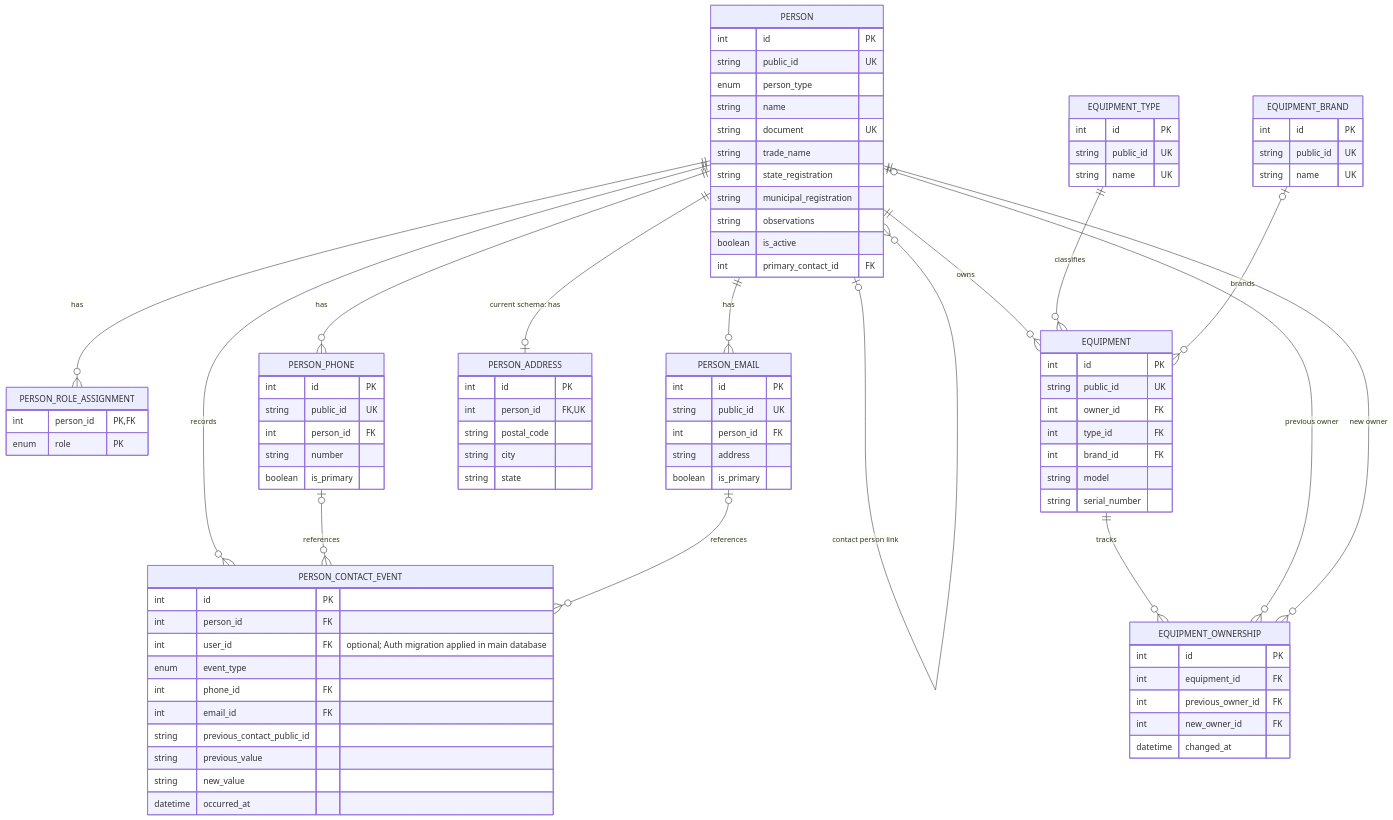
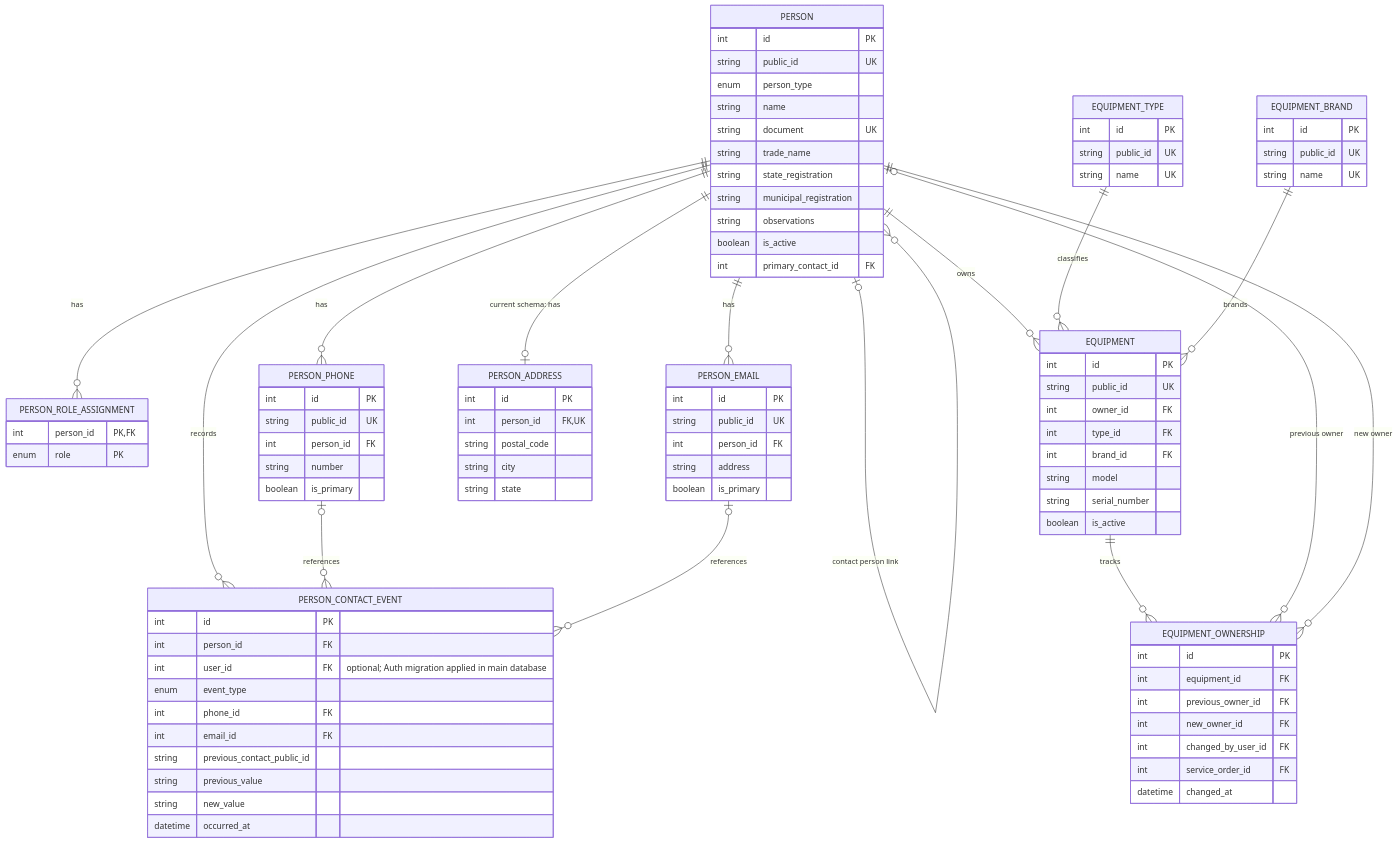
Before and after one commit to Noteduke/SistemaGestorOS: the first of 3 diagrams in docs/modelagem/Diagrama-Entidades.md, drawn with Mermaid. The commit also changed other lines of this file and 10 other files, not shown here.

Commit message:
docs(os): record service order migration applied

````diff
--- a/docs/modelagem/Diagrama-Entidades.md
+++ b/docs/modelagem/Diagrama-Entidades.md
@@ -26,7 +26,7 @@
   PERSON o|--o{ PERSON : "contact person link"
   PERSON ||--o{ EQUIPMENT : owns
   EQUIPMENT_TYPE ||--o{ EQUIPMENT : classifies
-  EQUIPMENT_BRAND o|--o{ EQUIPMENT : brands
+  EQUIPMENT_BRAND ||--o{ EQUIPMENT : brands
   EQUIPMENT ||--o{ EQUIPMENT_OWNERSHIP : tracks
   PERSON o|--o{ EQUIPMENT_OWNERSHIP : "previous owner"
   PERSON ||--o{ EQUIPMENT_OWNERSHIP : "new owner"
@@ -99,12 +99,15 @@
     int brand_id FK
     string model
     string serial_number
+    boolean is_active
   }
   EQUIPMENT_OWNERSHIP {
     int id PK
     int equipment_id FK
     int previous_owner_id FK
     int new_owner_id FK
+    int changed_by_user_id FK
+    int service_order_id FK
     datetime changed_at
   }
 ```
````
